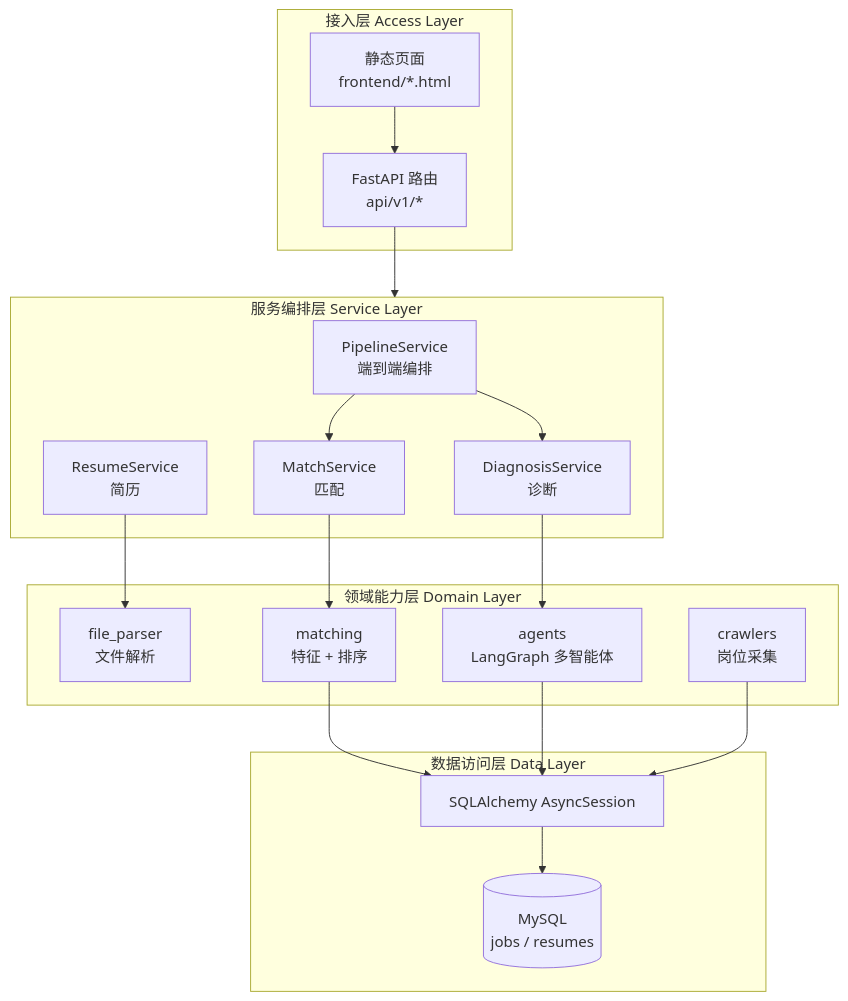
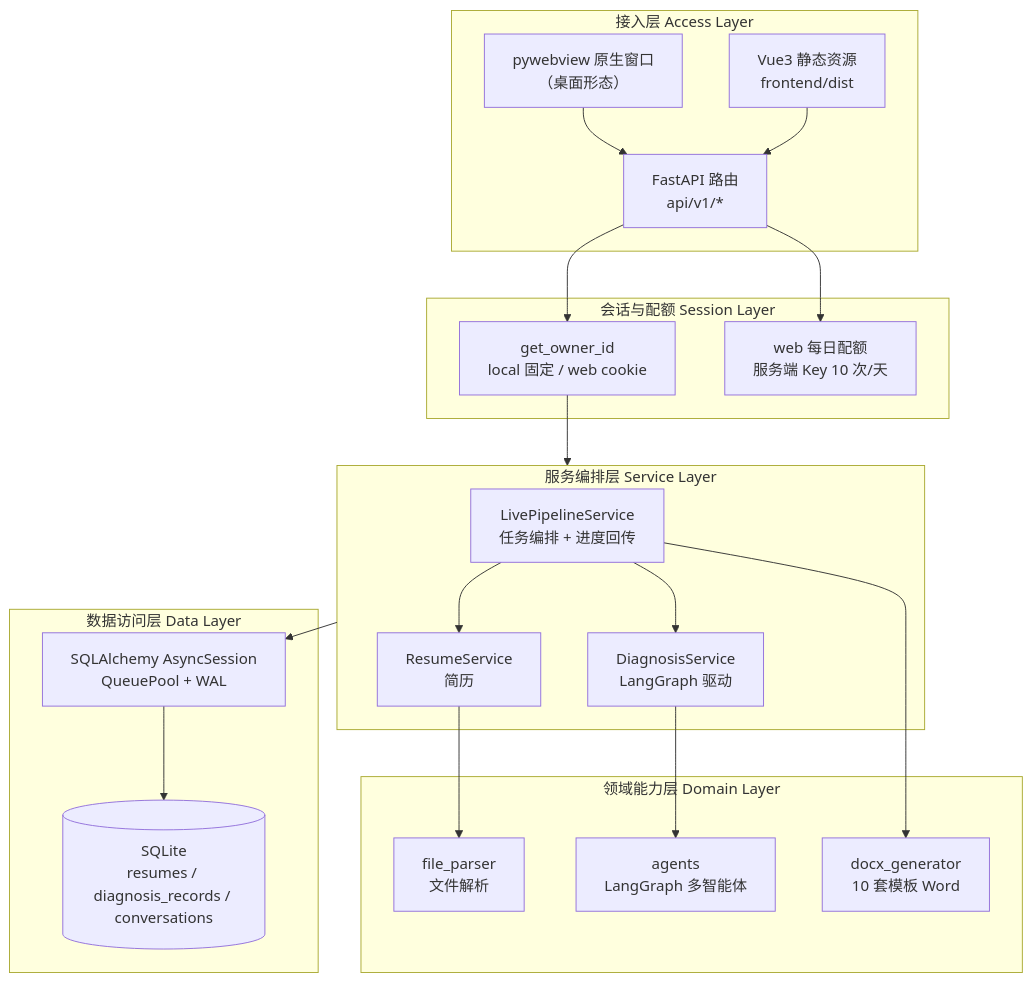
The first of 5 diagrams in docs/ResuMatch-AI-技术说明文档.md (xuyi19/resumatch-ai), drawn with Mermaid before and after one commit. The commit also changed other lines of this file and 4 other files, not shown here.

````diff
--- a/docs/ResuMatch-AI-技术说明文档.md
+++ b/docs/ResuMatch-AI-技术说明文档.md
@@ -150,38 +158,41 @@
 ```mermaid
 graph TB
     subgraph A["接入层 Access Layer"]
         A1["FastAPI 路由<br/>api/v1/*"]
-        A2["静态页面<br/>frontend/*.html"]
+        A2["Vue3 静态资源<br/>frontend/dist"]
+        A3["pywebview 原生窗口<br/>（桌面形态）"]
+    end
+
+    subgraph S["会话与配额 Session Layer"]
+        S1["get_owner_id<br/>local 固定 / web cookie"]
+        S2["web 每日配额<br/>服务端 Key 10 次/天"]
     end
 
     subgraph B["服务编排层 Service Layer"]
-        B1["PipelineService<br/>端到端编排"]
-        B2["MatchService<br/>匹配"]
+        B1["LivePipelineService<br/>任务编排 + 进度回传"]
+        B2["DiagnosisService<br/>LangGraph 驱动"]
         B3["ResumeService<br/>简历"]
-        B4["DiagnosisService<br/>诊断"]
     end
 
     subgraph C["领域能力层 Domain Layer"]
         C1["file_parser<br/>文件解析"]
-        C2["matching<br/>特征 + 排序"]
-        C3["agents<br/>LangGraph 多智能体"]
-        C4["crawlers<br/>岗位采集"]
+        C2["agents<br/>LangGraph 多智能体"]
+        C3["docx_generator<br/>10 套模板 Word"]
     end
 
     subgraph D["数据访问层 Data Layer"]
-        D1["SQLAlchemy AsyncSession"]
-        D2[("MySQL<br/>jobs / resumes")]
+        D1["SQLAlchemy AsyncSession<br/>QueuePool + WAL"]
+        D2[("SQLite<br/>resumes / diagnosis_records / conversations")]
     end
 
-    A1 --> B
+    A3 --> A1
     A2 --> A1
+    A1 --> S1 --> B
+    A1 --> S2
     B1 --> B2
-    B1 --> B4
+    B1 --> B3
     B2 --> C2
     B3 --> C1
-    B4 --> C3
-    C2 --> D1
-    C3 --> D1
-    C4 --> D1
-    D1 --> D2
+    B1 --> C3
+    B --> D1 --> D2
 ```
````
